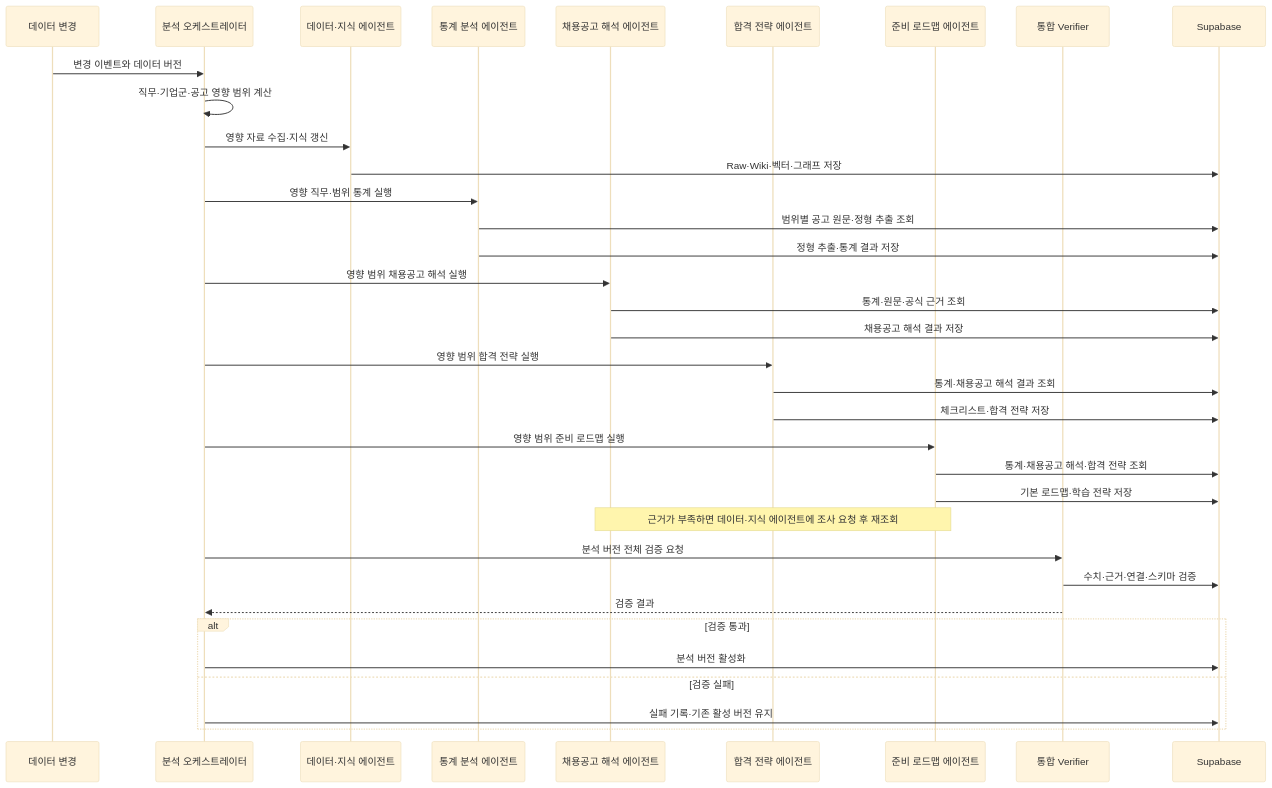
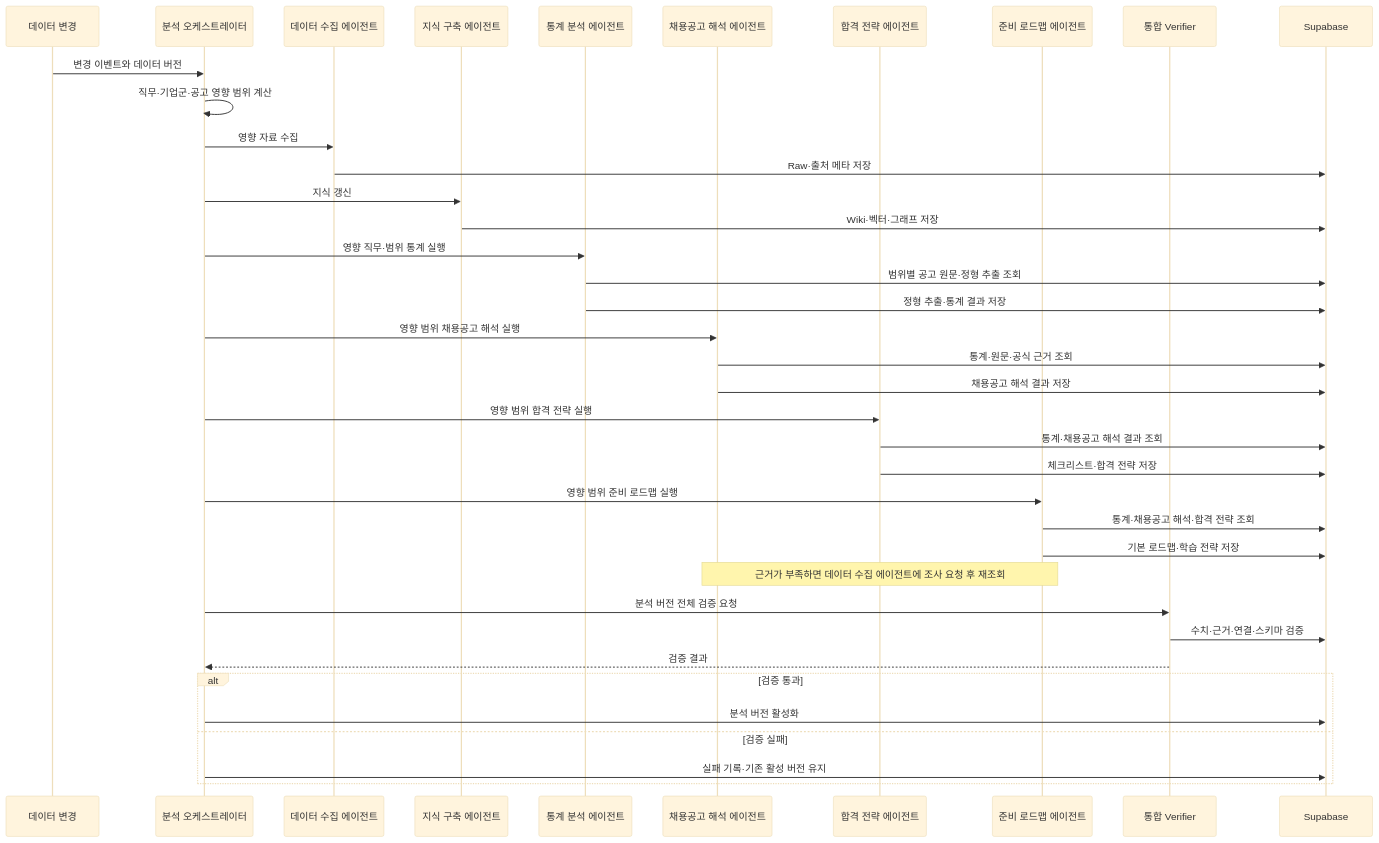
Before and after one commit to Mureung1/hub-showcase: the second of 5 diagrams in docs/architecture.md, drawn with Mermaid (base theme). The commit also changed other lines of this file and 6 other files, not shown here.

````diff
--- a/docs/architecture.md
+++ b/docs/architecture.md
@@ -133,38 +137,41 @@
 ```mermaid
 sequenceDiagram
     participant Source as 데이터 변경
     participant Orchestrator as 분석 오케스트레이터
-    participant Knowledge as 데이터·지식 에이전트
+    participant Collector as 데이터 수집 에이전트
+    participant Knowledge as 지식 구축 에이전트
     participant Statistics as 통계 분석 에이전트
     participant Interpretation as 채용공고 해석 에이전트
     participant Strategy as 합격 전략 에이전트
     participant Roadmap as 준비 로드맵 에이전트
     participant Verifier as 통합 Verifier
     participant DB as Supabase
 
     Source->>Orchestrator: 변경 이벤트와 데이터 버전
     Orchestrator->>Orchestrator: 직무·기업군·공고 영향 범위 계산
-    Orchestrator->>Knowledge: 영향 자료 수집·지식 갱신
-    Knowledge->>DB: Raw·Wiki·벡터·그래프 저장
+    Orchestrator->>Collector: 영향 자료 수집
+    Collector->>DB: Raw·출처 메타 저장
+    Orchestrator->>Knowledge: 지식 갱신
+    Knowledge->>DB: Wiki·벡터·그래프 저장
     Orchestrator->>Statistics: 영향 직무·범위 통계 실행
     Statistics->>DB: 범위별 공고 원문·정형 추출 조회
     Statistics->>DB: 정형 추출·통계 결과 저장
     Orchestrator->>Interpretation: 영향 범위 채용공고 해석 실행
     Interpretation->>DB: 통계·원문·공식 근거 조회
     Interpretation->>DB: 채용공고 해석 결과 저장
     Orchestrator->>Strategy: 영향 범위 합격 전략 실행
     Strategy->>DB: 통계·채용공고 해석 결과 조회
     Strategy->>DB: 체크리스트·합격 전략 저장
     Orchestrator->>Roadmap: 영향 범위 준비 로드맵 실행
     Roadmap->>DB: 통계·채용공고 해석·합격 전략 조회
     Roadmap->>DB: 기본 로드맵·학습 전략 저장
-    Note over Interpretation,Roadmap: 근거가 부족하면 데이터·지식 에이전트에 조사 요청 후 재조회
+    Note over Interpretation,Roadmap: 근거가 부족하면 데이터 수집 에이전트에 조사 요청 후 재조회
     Orchestrator->>Verifier: 분석 버전 전체 검증 요청
     Verifier->>DB: 수치·근거·연결·스키마 검증
     Verifier-->>Orchestrator: 검증 결과
     alt 검증 통과
         Orchestrator->>DB: 분석 버전 활성화
     else 검증 실패
         Orchestrator->>DB: 실패 기록·기존 활성 버전 유지
     end
 ```
````
